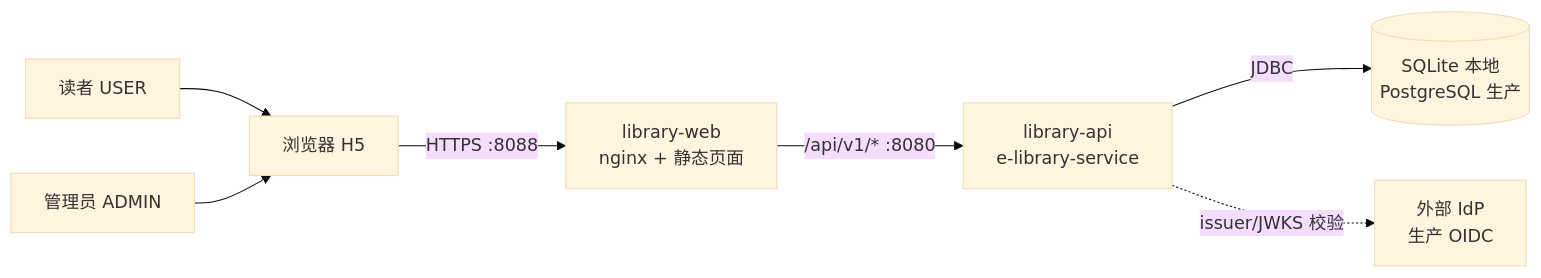
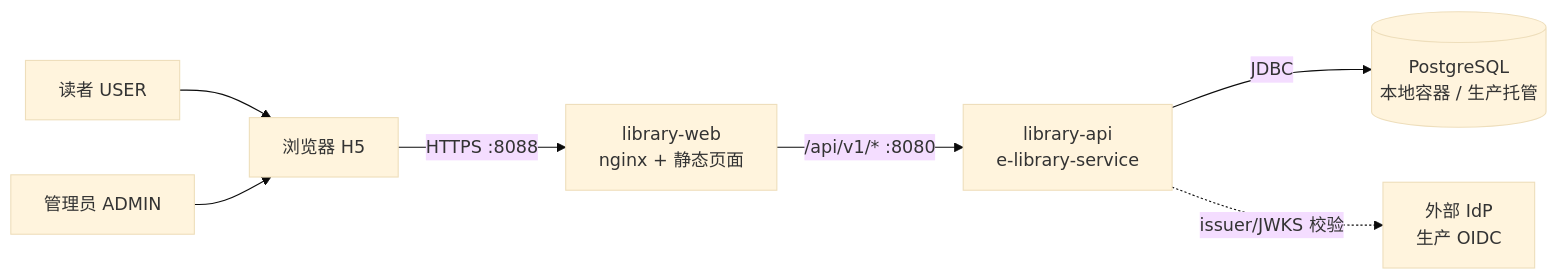
One commit to niefy/e-library changed the first of 4 diagrams in docs/architecture.md. Above: the diagram before and after it, drawn with Mermaid (base theme). The commit also changed other lines of this file and 24 other files, not shown here.

Commit message:
refactor: 开发环境统一使用 PostgreSQL

````diff
--- a/docs/architecture.md
+++ b/docs/architecture.md
@@ -60,14 +60,14 @@
 ```mermaid
 flowchart LR
     Reader[读者 USER]
     Admin[管理员 ADMIN]
     IdP[外部 IdP<br/>生产 OIDC]
 
     Reader --> Browser[浏览器 H5]
     Admin --> Browser
     Browser -->|HTTPS :8088| Web[library-web<br/>nginx + 静态页面]
     Web -->|"/api/v1/*" :8080| API[library-api<br/>e-library-service]
 
-    API -->|JDBC| DB[(SQLite 本地<br/>PostgreSQL 生产)]
+    API -->|JDBC| DB[(PostgreSQL<br/>本地容器 / 生产托管)]
     API -.->|"issuer/JWKS 校验"| IdP
 ```
````
